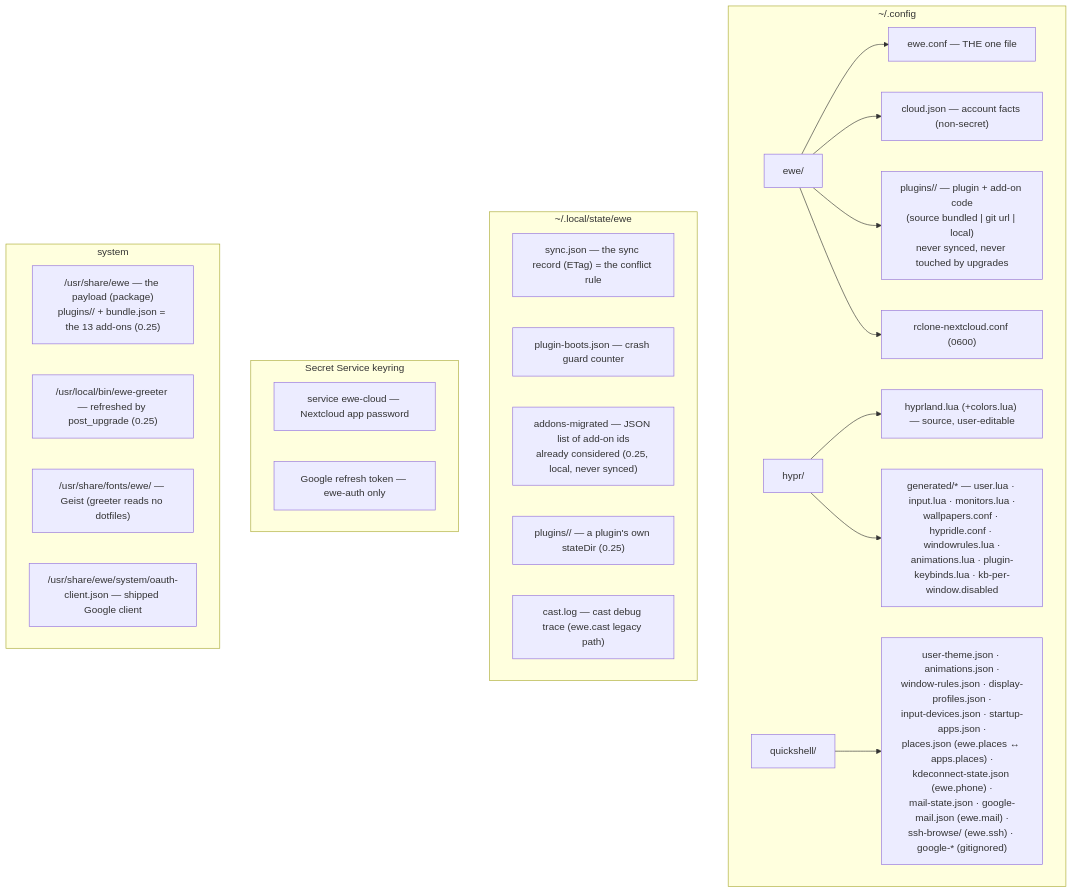
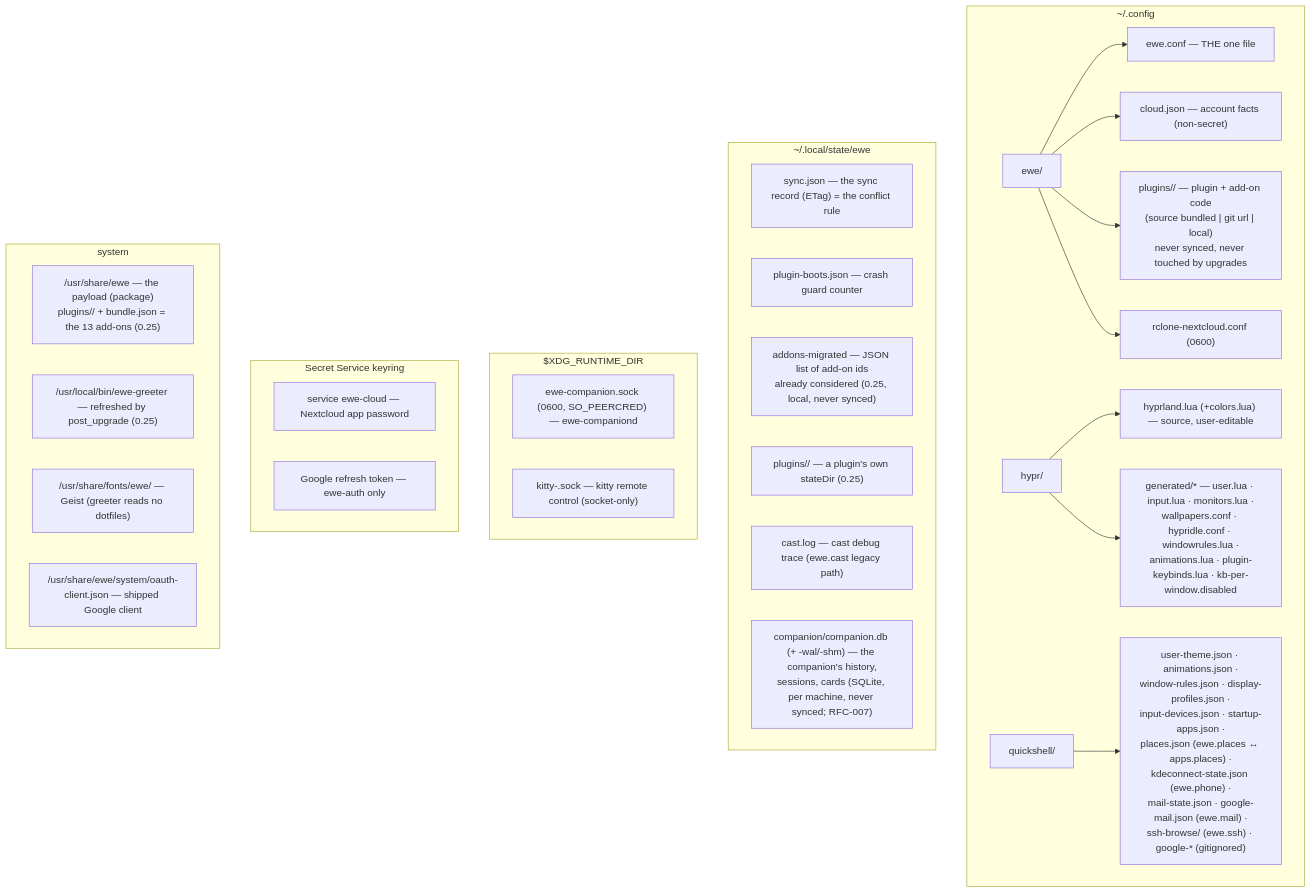
One commit to prj786/ewe-map changed the diagram in 12-Reference/Storage Map.md. Above: the diagram before and after it, drawn with Mermaid. The commit also changed other lines of this file and 20 other files, not shown here.

First line of the commit message:
vault: the ewe companion (RFC-007 and its roadmap), light mode is official

````diff
--- a/12-Reference/Storage Map.md
+++ b/12-Reference/Storage Map.md
@@ -14,29 +14,34 @@
 ```mermaid
 flowchart TB
     subgraph CFG["~/.config"]
         EWE["ewe/"] --> CONF["ewe.conf — THE one file"]
         EWE --> CLOUD["cloud.json — account facts (non-secret)"]
         EWE --> PLUGS["plugins/<id>/ — plugin + add-on code<br/>(source bundled | git url | local)<br/>never synced, never touched by upgrades"]
         EWE --> RCLONE["rclone-nextcloud.conf (0600)"]
         HYPR["hypr/"] --> HYPRLUA["hyprland.lua (+colors.lua) — source, user-editable"]
         HYPR --> GEN["generated/* — user.lua · input.lua · monitors.lua ·<br/>wallpapers.conf · hypridle.conf · windowrules.lua ·<br/>animations.lua · plugin-keybinds.lua · kb-per-window.disabled"]
         QS["quickshell/"] --> QSJ["user-theme.json · animations.json ·<br/>window-rules.json · display-profiles.json ·<br/>input-devices.json · startup-apps.json ·<br/>places.json (ewe.places ↔ apps.places) ·<br/>kdeconnect-state.json (ewe.phone) ·<br/>mail-state.json · google-mail.json (ewe.mail) ·<br/>ssh-browse/ (ewe.ssh) · google-* (gitignored)"]
     end
     subgraph STATE["~/.local/state/ewe"]
         SYNC["sync.json — the sync record (ETag) = the conflict rule"]
         BOOTS["plugin-boots.json — crash guard counter"]
         MIGR["addons-migrated — JSON list of add-on ids<br/>already considered (0.25, local, never synced)"]
         PSTATE["plugins/<id>/ — a plugin's own stateDir (0.25)"]
         CAST["cast.log — cast debug trace (ewe.cast legacy path)"]
+        COMP["companion/companion.db (+ -wal/-shm) — the companion's history,<br/>sessions, cards (SQLite, per machine, never synced; RFC-007)"]
+    end
+    subgraph RUN["$XDG_RUNTIME_DIR"]
+        CSOCK["ewe-companion.sock (0600, SO_PEERCRED) — ewe-companiond"]
+        KSOCK["kitty-<pid>.sock — kitty remote control (socket-only)"]
     end
     subgraph KEYRING["Secret Service keyring"]
         KC["service ewe-cloud — Nextcloud app password"]
         KG["Google refresh token — ewe-auth only"]
     end
     subgraph SYSTEM["system"]
         PAY["/usr/share/ewe — the payload (package)<br/>plugins/<id>/ + bundle.json = the 13 add-ons (0.25)"]
         GREET["/usr/local/bin/ewe-greeter — refreshed by post_upgrade (0.25)"]
         FONTS["/usr/share/fonts/ewe/ — Geist (greeter reads no dotfiles)"]
         OAUTH["/usr/share/ewe/system/oauth-client.json — shipped Google client"]
     end
 ```
````
